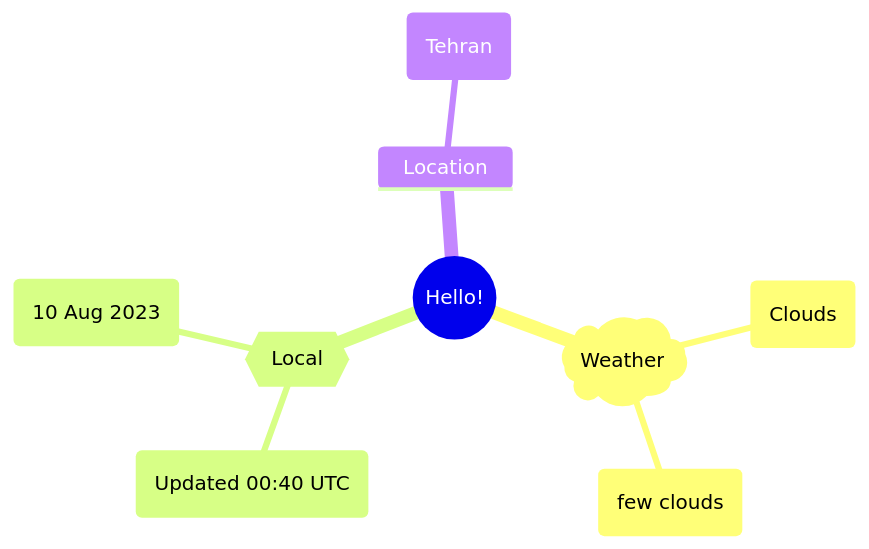
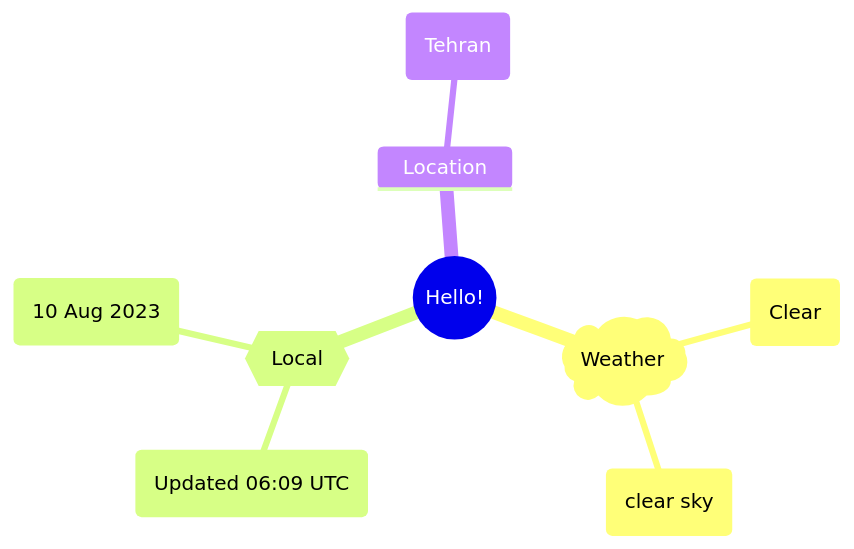
Before and after one commit to Xosrov/Xosrov: the first of 2 diagrams in README.md, drawn with Mermaid.

Commit message:
[bot] updated images

````diff
--- a/README.md
+++ b/README.md
@@ -3,12 +3,12 @@
 ```mermaid
 mindmap
   root((Hello!))
     )Weather(
-        (Clouds)
-        (few clouds)
+        (Clear)
+        (clear sky)
     {{Local}}
-        (Updated 00:40 UTC)
+        (Updated 06:09 UTC)
         (10 Aug 2023)
     Location
         (Tehran)
 ```
````
